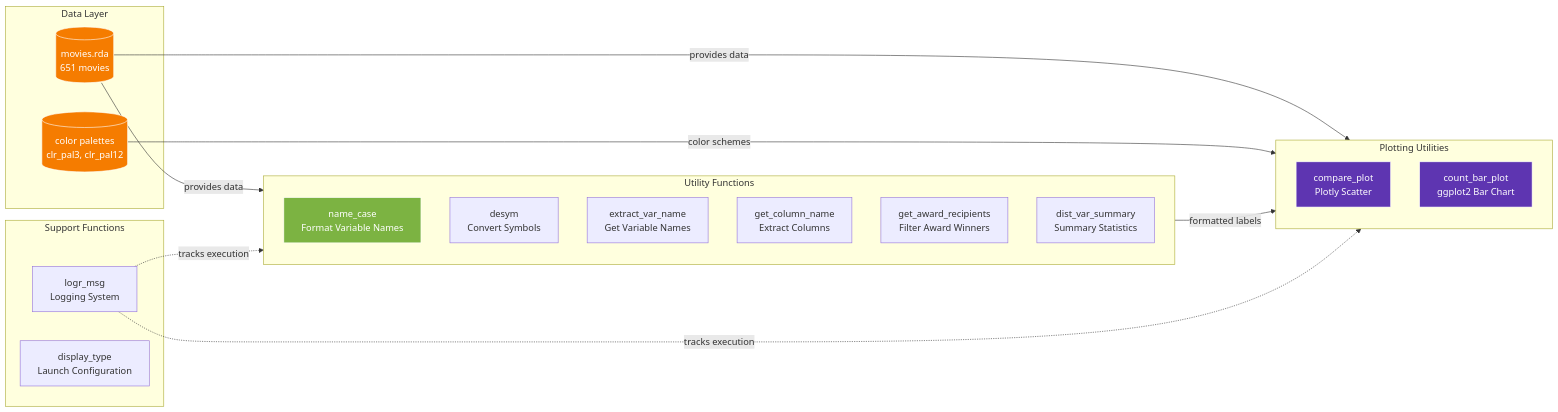
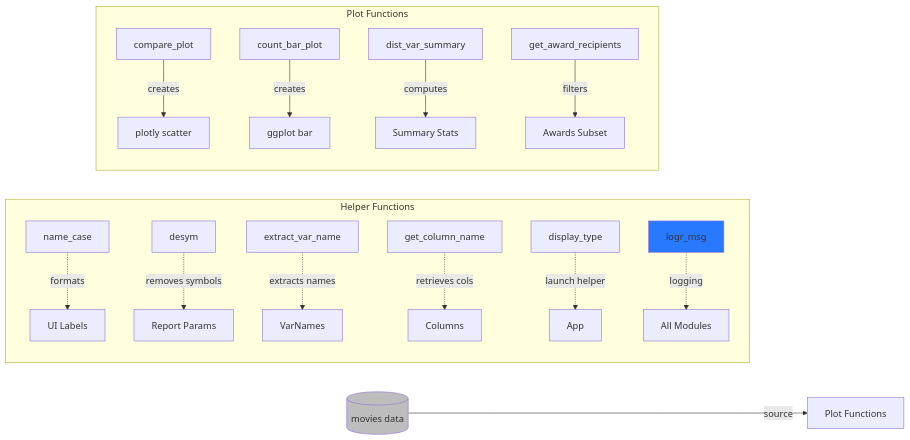
The fourth of 7 diagrams in inst/prompts/btw-clipboard.md (mjfrigaard/sap), drawn with Mermaid before and after one commit. The commit also changed other lines of this file and 1 other file, not shown here.

````diff
--- a/inst/prompts/btw-clipboard.md
+++ b/inst/prompts/btw-clipboard.md
@@ -278,40 +230,23 @@
 ```mermaid
 graph LR
-    subgraph Data["Data Layer"]
-        Movies[(movies.rda<br/>651 movies)]
-        Colors[(color palettes<br/>clr_pal3, clr_pal12)]
+    subgraph Helper Functions
+        NameCase[name_case] -.->|formats| Labels[UI Labels]
+        Desym[desym] -.->|removes symbols| Params[Report Params]
+        ExtractVar[extract_var_name] -.->|extracts names| VarNames
+        GetCol[get_column_name] -.->|retrieves cols| Columns
+        DisplayType[display_type] -.->|launch helper| App
+        LogrMsg[logr_msg] -.->|logging| AllModules[All Modules]
     end
     
-    subgraph Utilities["Utility Functions"]
-        NameCase[name_case<br/>Format Variable Names]
-        Desym[desym<br/>Convert Symbols]
-        ExtractVar[extract_var_name<br/>Get Variable Names]
-        GetCol[get_column_name<br/>Extract Columns]
-        GetAwards[get_award_recipients<br/>Filter Award Winners]
-        DistSummary[dist_var_summary<br/>Summary Statistics]
+    subgraph Plot Functions
+        ComparePlot[compare_plot] -->|creates| ScatterPlot[plotly scatter]
+        CountBarPlot[count_bar_plot] -->|creates| BarChart[ggplot bar]
+        DistSummary[dist_var_summary] -->|computes| Statistics[Summary Stats]
+        GetAwards[get_award_recipients] -->|filters| AwardsData[Awards Subset]
     end
     
-    subgraph PlotUtils["Plotting Utilities"]
-        ComparePlot[compare_plot<br/>Plotly Scatter]
-        CountBarPlot[count_bar_plot<br/>ggplot2 Bar Chart]
-    end
+    Movies[(movies data)] -->|source| PlotFunctions[Plot Functions]
     
-    subgraph Support["Support Functions"]
-        LogrMsg[logr_msg<br/>Logging System]
-        DisplayType[display_type<br/>Launch Configuration]
-    end
-    
-    Movies -->|provides data| Utilities
-    Movies -->|provides data| PlotUtils
-    Colors -->|color schemes| PlotUtils
-    
-    Utilities -->|formatted labels| PlotUtils
-    LogrMsg -.->|tracks execution| Utilities
-    LogrMsg -.->|tracks execution| PlotUtils
-    
-    style Movies fill:#f57c00,stroke:#fff,color:#fff
-    style Colors fill:#f57c00,stroke:#fff,color:#fff
-    style NameCase fill:#7cb342,stroke:#fff,color:#fff
-    style ComparePlot fill:#5e35b1,stroke:#fff,color:#fff
-    style CountBarPlot fill:#5e35b1,stroke:#fff,color:#fff
+    style LogrMsg fill:#2979ff
+    style Movies fill:#bdbdbd
 ```
````
